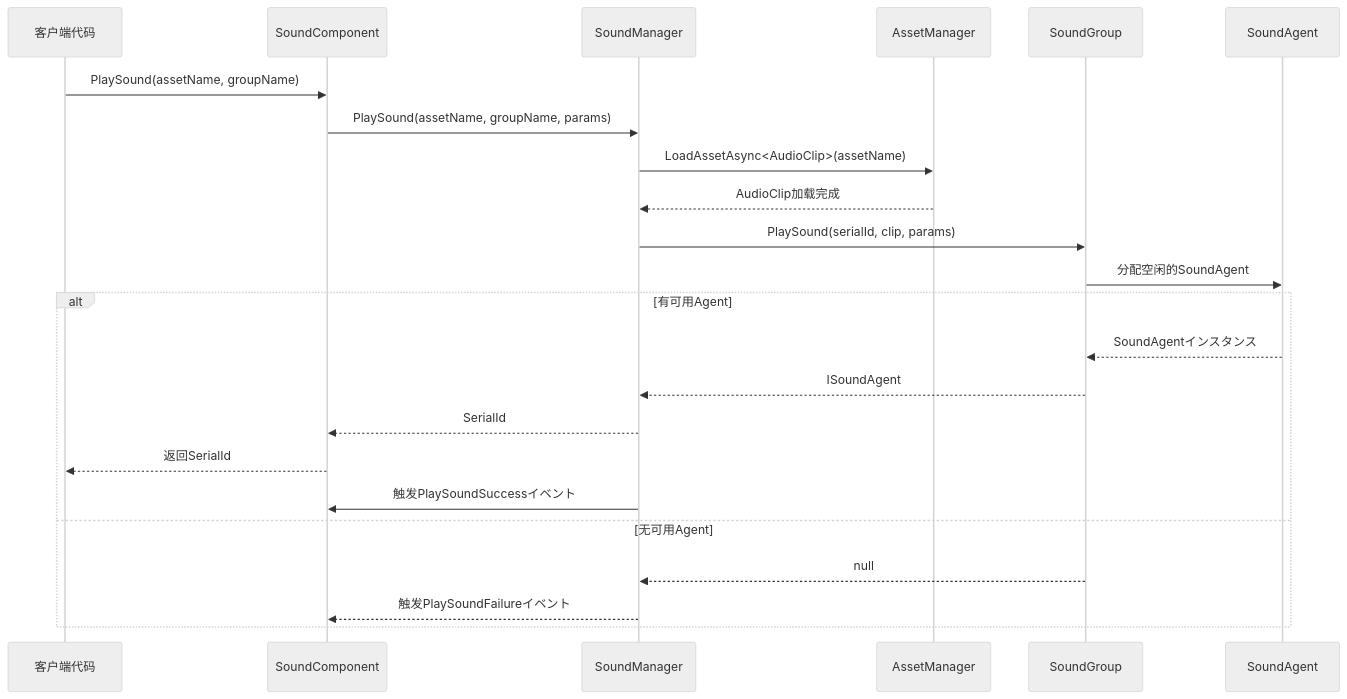
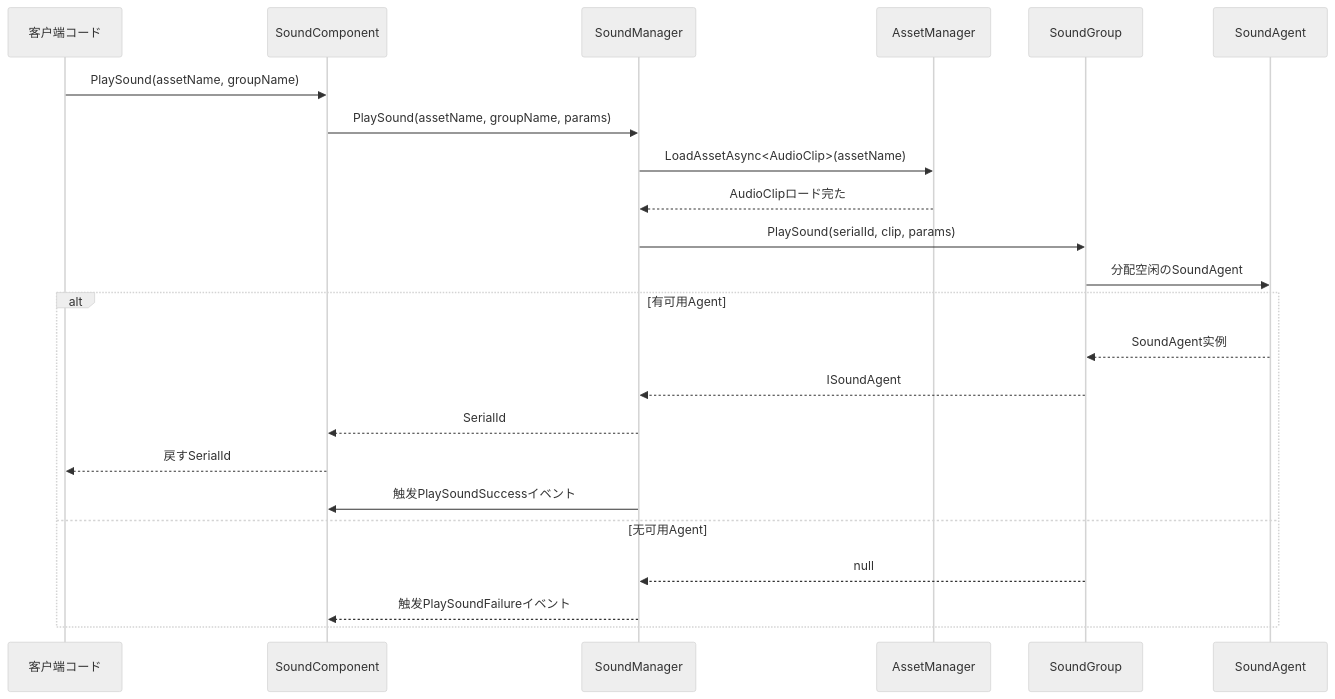
Before and after one commit to AlianBlank/GameFrameX.Docs: the diagram in docs/ja/client/unity/component/sound/03.getting-started.md, drawn with Mermaid (neutral theme). The commit also changed other lines of this file and 320 other files, not shown here.

````diff
--- a/docs/ja/client/unity/component/sound/03.getting-started.md
+++ b/docs/ja/client/unity/component/sound/03.getting-started.md
@@ -116,29 +116,29 @@
 ```mermaid
 sequenceDiagram
-    participant C as 客户端代码
+    participant C as 客户端コード
     participant SC as SoundComponent
     participant SM as SoundManager
     participant AG as AssetManager
     participant SG as SoundGroup
     participant SA as SoundAgent
 
     C->>SC: PlaySound(assetName, groupName)
     SC->>SM: PlaySound(assetName, groupName, params)
     
     SM->>AG: LoadAssetAsync<AudioClip>(assetName)
-    AG-->>SM: AudioClip加载完成
+    AG-->>SM: AudioClipロード完た
     
     SM->>SG: PlaySound(serialId, clip, params)
-    SG->>SA: 分配空闲的SoundAgent
+    SG->>SA: 分配空闲のSoundAgent
     
     alt 有可用Agent
-        SA-->>SG: SoundAgentインスタンス
+        SA-->>SG: SoundAgent实例
         SG-->>SM: ISoundAgent
         SM-->>SC: SerialId
-        SC-->>C: 返回SerialId
+        SC-->>C: 戻すSerialId
         SM->>SC: 触发PlaySoundSuccessイベント
     else 无可用Agent
         SG-->>SM: null
         SM-->>SC: 触发PlaySoundFailureイベント
     end
 ```
````
